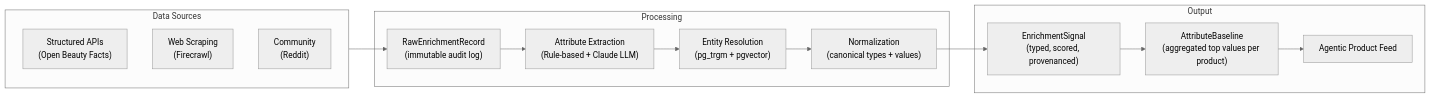
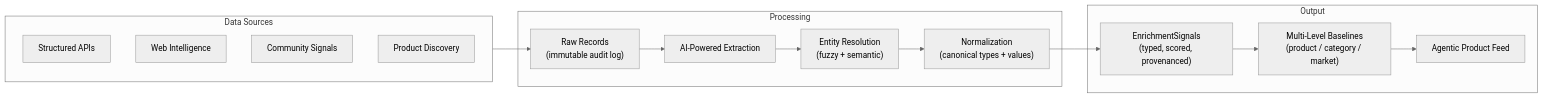
One commit to kiki-world-01/Docs changed the diagram in agentic/enrichment-pipeline.mdx. Above: the diagram before and after it, drawn with Mermaid (neutral theme). The commit also changed other lines of this file and 25 other files, not shown here.

````diff
--- a/agentic/enrichment-pipeline.mdx
+++ b/agentic/enrichment-pipeline.mdx
@@ -12,23 +12,24 @@
 ```mermaid
 graph LR
     subgraph sources ["Data Sources"]
-        OBF["Structured APIs<br/>(Open Beauty Facts)"]
-        FC["Web Scraping<br/>(Firecrawl)"]
-        RD["Community<br/>(Reddit)"]
+        API["Structured APIs"]
+        Web["Web Intelligence"]
+        Community["Community Signals"]
+        Discovery["Product Discovery"]
     end
 
     subgraph process ["Processing"]
-        Raw["RawEnrichmentRecord<br/>(immutable audit log)"]
-        Extract["Attribute Extraction<br/>(Rule-based + Claude LLM)"]
-        Resolve["Entity Resolution<br/>(pg_trgm + pgvector)"]
+        Raw["Raw Records<br/>(immutable audit log)"]
+        Extract["AI-Powered Extraction"]
+        Resolve["Entity Resolution<br/>(fuzzy + semantic)"]
         Normalize["Normalization<br/>(canonical types + values)"]
     end
 
     subgraph output ["Output"]
-        Signals["EnrichmentSignal<br/>(typed, scored, provenanced)"]
-        Baselines["AttributeBaseline<br/>(aggregated top values per product)"]
+        Signals["EnrichmentSignals<br/>(typed, scored, provenanced)"]
+        Baselines["Multi-Level Baselines<br/>(product / category / market)"]
         Feed["Agentic Product Feed"]
     end
 
     sources --> Raw --> Extract --> Resolve --> Normalize --> Signals --> Baselines --> Feed
 ```
````
